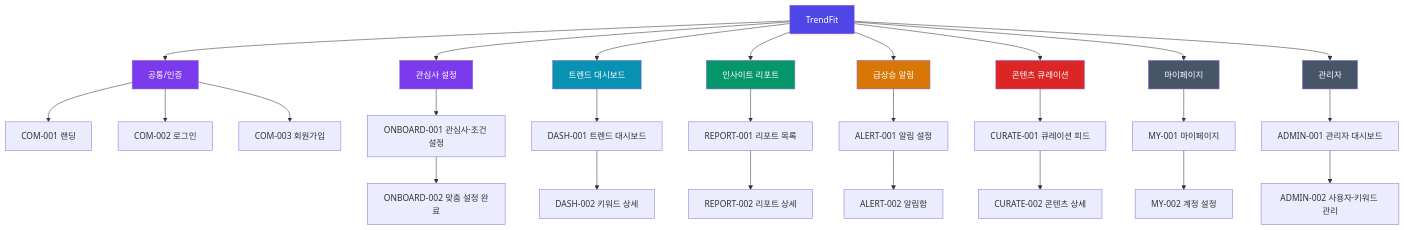
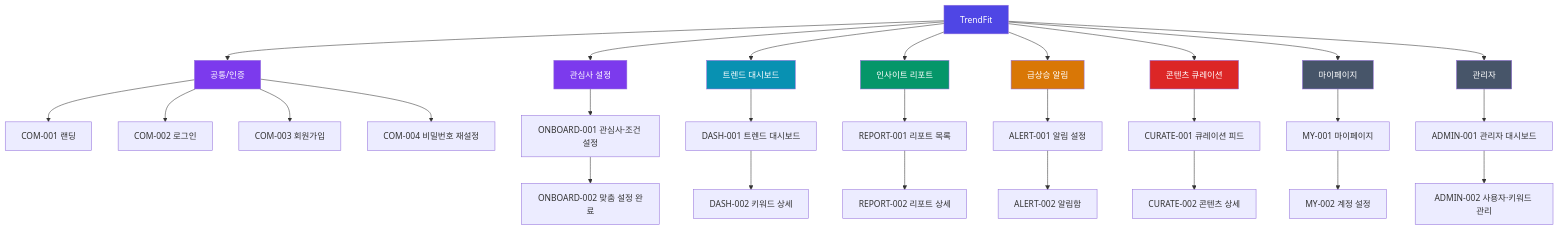
The first of 2 diagrams in TrendFit-ux-docs/ia.md (jeonwoobin-hue/trend_keyword), drawn with Mermaid before and after one commit. The commit also changed other lines of this file, not shown here.

````diff
--- a/TrendFit-ux-docs/ia.md
+++ b/TrendFit-ux-docs/ia.md
@@ -39,46 +55,47 @@
 ```mermaid
 graph TD
   Root[TrendFit] --> Auth[공통/인증]
   Root --> Onboard[관심사 설정]
   Root --> TAB1[트렌드 대시보드]
   Root --> TAB2[인사이트 리포트]
   Root --> TAB3[급상승 알림]
   Root --> TAB4[콘텐츠 큐레이션]
   Root --> TAB5[마이페이지]
   Root --> Admin[관리자]
 
   Auth --> COM001[COM-001 랜딩]
   Auth --> COM002[COM-002 로그인]
   Auth --> COM003[COM-003 회원가입]
+  Auth --> COM004[COM-004 비밀번호 재설정]
 
   Onboard --> ONBOARD001[ONBOARD-001 관심사·조건 설정]
   ONBOARD001 --> ONBOARD002[ONBOARD-002 맞춤 설정 완료]
 
   TAB1 --> DASH001[DASH-001 트렌드 대시보드]
   DASH001 --> DASH002[DASH-002 키워드 상세]
 
   TAB2 --> REPORT001[REPORT-001 리포트 목록]
   REPORT001 --> REPORT002[REPORT-002 리포트 상세]
 
   TAB3 --> ALERT001[ALERT-001 알림 설정]
   ALERT001 --> ALERT002[ALERT-002 알림함]
 
   TAB4 --> CURATE001[CURATE-001 큐레이션 피드]
   CURATE001 --> CURATE002[CURATE-002 콘텐츠 상세]
 
   TAB5 --> MY001[MY-001 마이페이지]
   MY001 --> MY002[MY-002 계정 설정]
 
   Admin --> ADMIN001[ADMIN-001 관리자 대시보드]
   ADMIN001 --> ADMIN002[ADMIN-002 사용자·키워드 관리]
 
   style Root fill:#4F46E5,color:#fff
   style Auth fill:#7C3AED,color:#fff
   style Onboard fill:#7C3AED,color:#fff
   style TAB1 fill:#0891B2,color:#fff
   style TAB2 fill:#059669,color:#fff
   style TAB3 fill:#D97706,color:#fff
   style TAB4 fill:#DC2626,color:#fff
   style TAB5 fill:#475569,color:#fff
   style Admin fill:#475569,color:#fff
 ```
````
